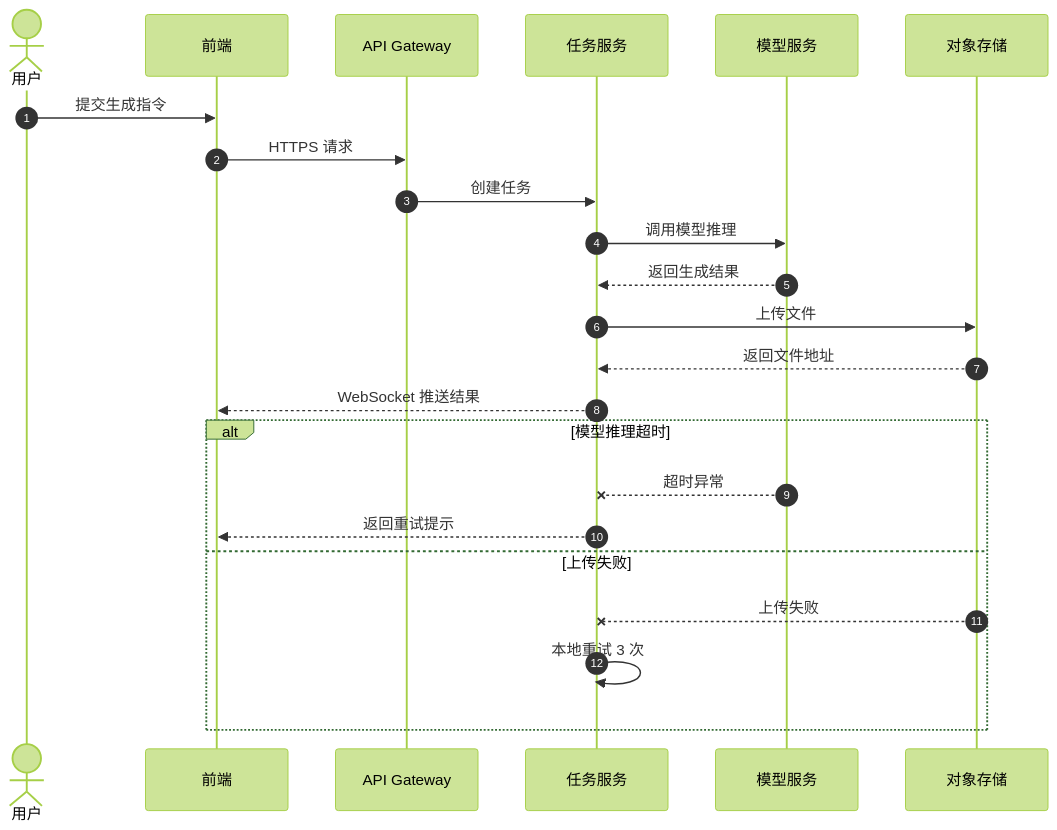
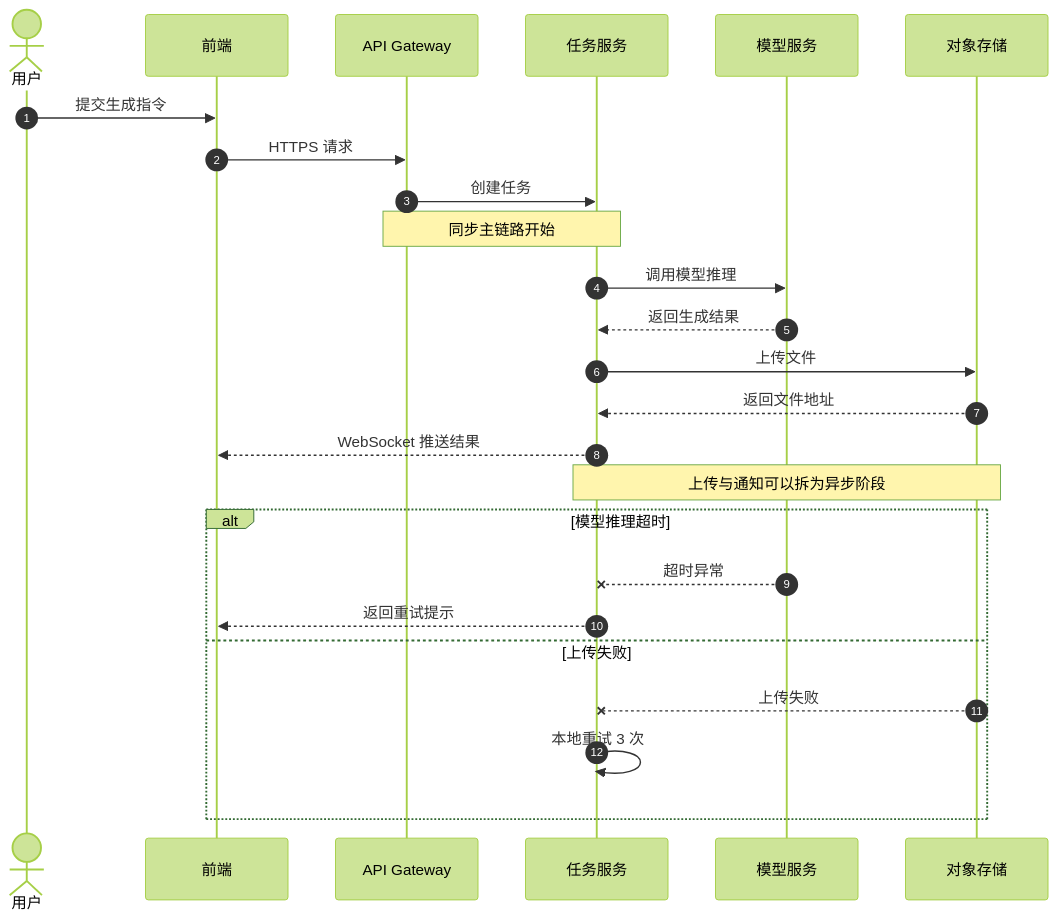
The first of 2 diagrams in 7.提示词与AI协作/分析维度与标准出图/核心业务链路图.md (amuqiao/FastAPI-MVC), drawn with Mermaid (forest theme) before and after one commit. The commit also changed other lines of this file and 23 other files, not shown here.

````diff
--- a/7.提示词与AI协作/分析维度与标准出图/核心业务链路图.md
+++ b/7.提示词与AI协作/分析维度与标准出图/核心业务链路图.md
@@ -35,26 +49,28 @@
 ```mermaid
 sequenceDiagram
     autonumber
     actor User as 用户
     participant FE as 前端
     participant Gateway as API Gateway
     participant Task as 任务服务
     participant LLM as 模型服务
     participant Store as 对象存储
 
     User->>FE: 提交生成指令
     FE->>Gateway: HTTPS 请求
     Gateway->>Task: 创建任务
+    Note over Gateway,Task: 同步主链路开始
     Task->>LLM: 调用模型推理
     LLM-->>Task: 返回生成结果
     Task->>Store: 上传文件
     Store-->>Task: 返回文件地址
     Task-->>FE: WebSocket 推送结果
+    Note over Task,Store: 上传与通知可以拆为异步阶段
     alt 模型推理超时
         LLM--xTask: 超时异常
         Task-->>FE: 返回重试提示
     else 上传失败
         Store--xTask: 上传失败
         Task->>Task: 本地重试 3 次
     end
 ```
````
